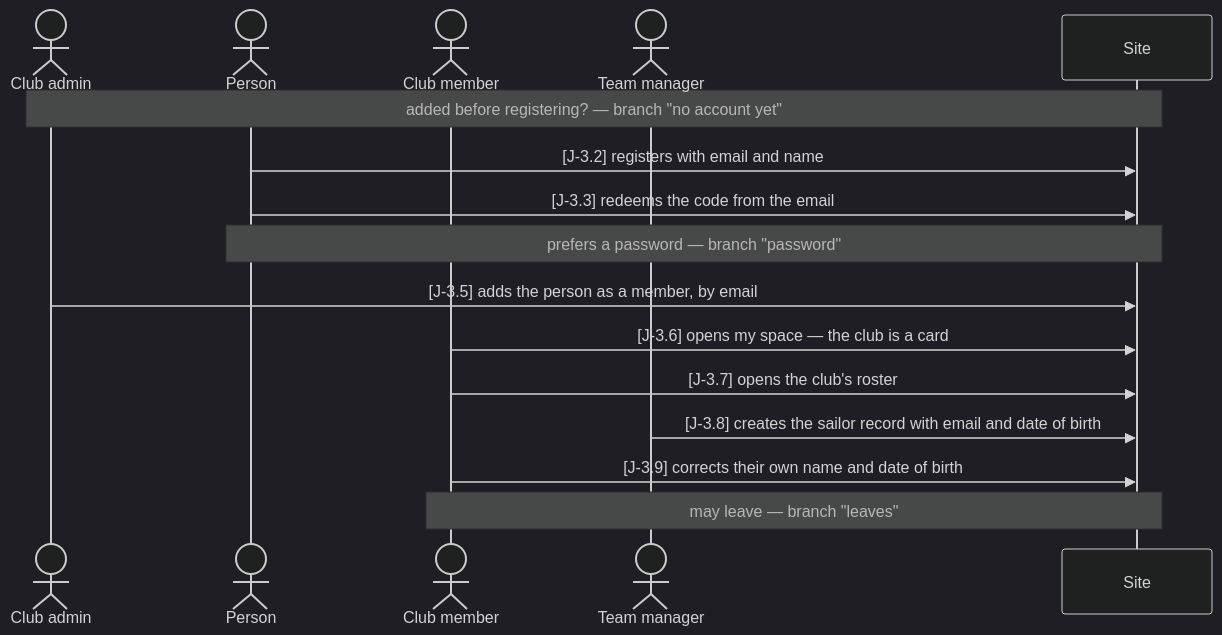
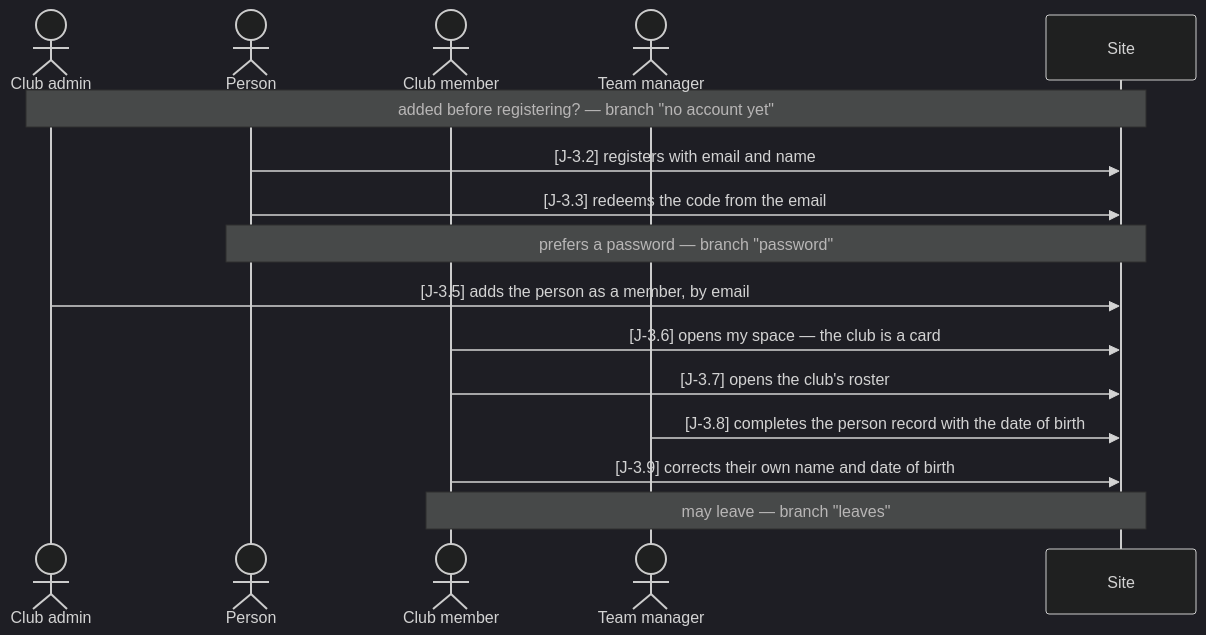
One commit to gundramleifert/segel-bundesliga changed the first of 4 diagrams in docs/journeys/member.md. Above: the diagram before and after it, drawn with Mermaid (dark theme). The commit also changed other lines of this file and 45 other files, not shown here.

````diff
--- a/docs/journeys/member.md
+++ b/docs/journeys/member.md
@@ -15,19 +15,19 @@
 ```mermaid
 sequenceDiagram
   actor CA as Club admin
   actor N as Person
   actor M as Club member
   actor TM as Team manager
   participant P as Site
 
   Note over CA,P: added before registering? — branch "no account yet"
   N->>P: [J-3.2] registers with email and name
   N->>P: [J-3.3] redeems the code from the email
   Note over N,P: prefers a password — branch "password"
   CA->>P: [J-3.5] adds the person as a member, by email
   M->>P: [J-3.6] opens my space — the club is a card
   M->>P: [J-3.7] opens the club's roster
-  TM->>P: [J-3.8] creates the sailor record with email and date of birth
+  TM->>P: [J-3.8] completes the person record with the date of birth
   M->>P: [J-3.9] corrects their own name and date of birth
   Note over M,P: may leave — branch "leaves"
 ```
````
